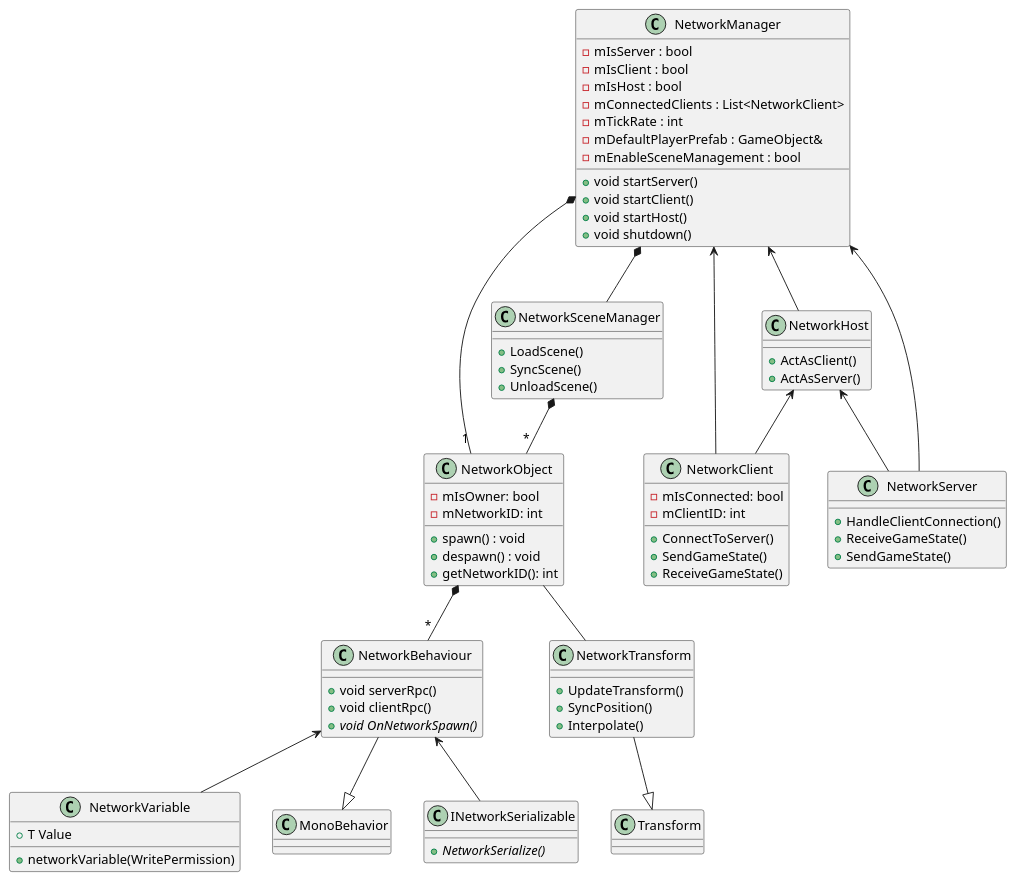
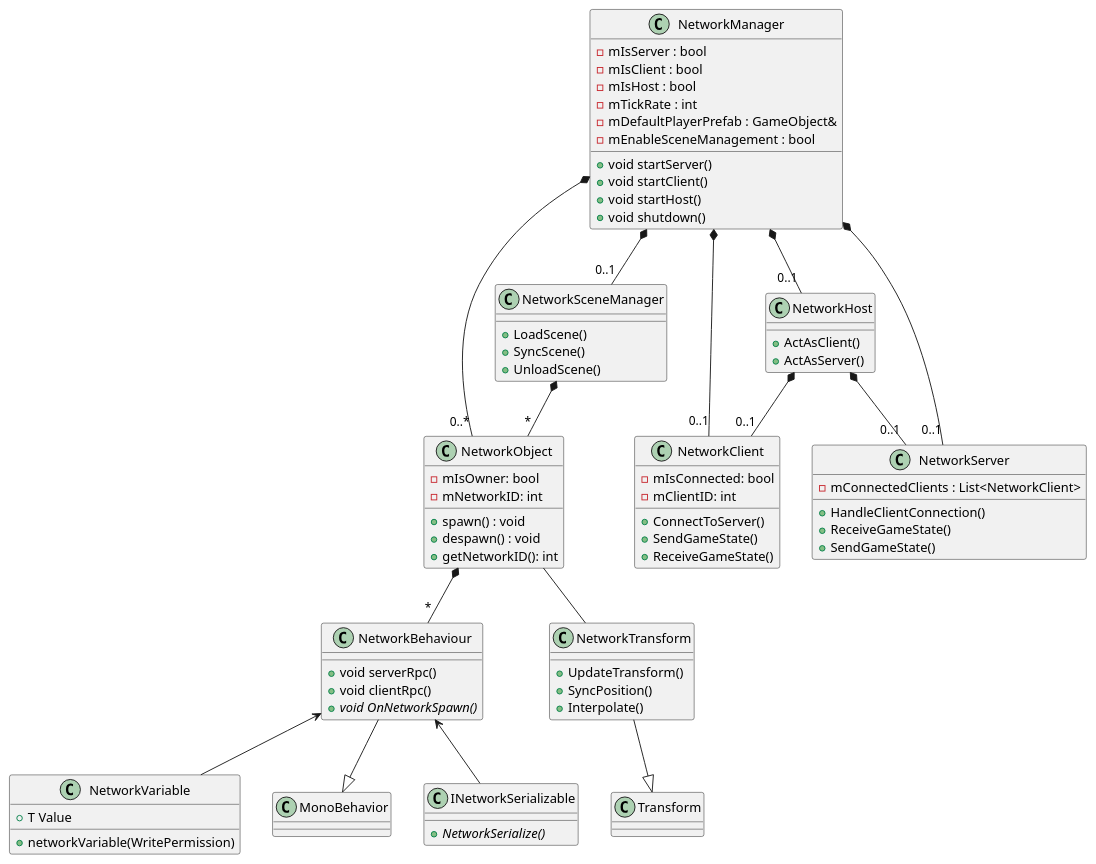
The diagram in docs/Diagrams/Multiplayer_Class.puml (Seger01/GameEngine), drawn with PlantUML before and after one commit. The commit also changed 21 other files, not shown here.

```diff
--- a/docs/Diagrams/Multiplayer_Class.puml
+++ b/docs/Diagrams/Multiplayer_Class.puml
@@ -1,141 +1,142 @@
 @startuml
 
 class NetworkManager {
     
     
     + void startServer()
     + void startClient()
     + void startHost()
     + void shutdown()
 
 
     - mIsServer : bool
     - mIsClient : bool
     - mIsHost : bool
-    - mConnectedClients : List<NetworkClient>
     - mTickRate : int
     - mDefaultPlayerPrefab : GameObject&
     - mEnableSceneManagement : bool
 }
 
 class NetworkObject {
     + spawn() : void
     + despawn() : void
     + getNetworkID(): int
 
     - mIsOwner: bool
     - mNetworkID: int
 }
 
 class NetworkBehaviour {
     +void serverRpc()
     +void clientRpc()
     + {abstract} void OnNetworkSpawn()
     
 }
 
 ' Template class for network variables
 class NetworkVariable{
     + networkVariable(WritePermission)
     + T Value
     
 }
 
 class MonoBehavior{}
 
 ' Maybe not needed
 class NetworkTransform {
     + UpdateTransform()
     + SyncPosition()
     + Interpolate()
 }
 
 class Transform{}
 
 class NetworkClient {
     + ConnectToServer()
     + SendGameState()
     + ReceiveGameState()
 
     - mIsConnected: bool
     - mClientID: int
 }
 
 class NetworkServer {
     + HandleClientConnection()
     + ReceiveGameState()
     + SendGameState()
+
+    - mConnectedClients : List<NetworkClient>
 }
 
 class NetworkHost {
     + ActAsClient()
     + ActAsServer()
 }
 
 ' class NetworkMessage {
 '     + Serialize()
 '     + Deserialize()
 '     + SendMessage()
 '     - mMessageType: string
 ' }
 
 class NetworkSceneManager {
     + LoadScene()
     + SyncScene()
     + UnloadScene()
 }
 
 ' class NetworkInputManager {
 '     + CaptureInput()
 '     + SendInput()
 '     + ApplyInputPrediction()
 ' }
 
 ' class NetworkReplicationManager {
 '     + ReplicateObjectState()
 '     + SyncWithClients()
 '     + ApplyInterpolation()
 ' }
 
 ' class AuthorityManager {
 '     + AssignAuthority()
 '     + RequestControl()
 '     - mObjectAuthority: string
 ' }
 
 class INetworkSerializable {
     + {abstract} NetworkSerialize()
     ' + Deserialize()
 }
 
-NetworkManager <-- NetworkClient
-NetworkManager <-- NetworkServer
-NetworkManager <-- NetworkHost
-NetworkManager *-- NetworkSceneManager
-NetworkManager *-- "1" NetworkObject
+NetworkManager *-- "0..1"NetworkClient
+NetworkManager *-- "0..1"NetworkServer
+NetworkManager *-- "0..1"NetworkHost
+NetworkManager *-- "0..1"NetworkSceneManager
+NetworkManager *-- "0..*" NetworkObject
 ' NetworkManager <-- AuthorityManager
 
 NetworkObject *-- "*" NetworkBehaviour
 NetworkObject -- NetworkTransform
 
 NetworkBehaviour --|> MonoBehavior
 NetworkBehaviour <-- NetworkVariable
 NetworkBehaviour <-- INetworkSerializable
 
 NetworkTransform --|> Transform
 
 ' NetworkClient --> NetworkInputManager
 ' NetworkClient --> NetworkMessage
 ' NetworkClient --> NetworkReplicationManager
 
 ' NetworkServer --> NetworkMessage
 ' NetworkServer --> NetworkReplicationManager
 
 
-NetworkHost <-- NetworkServer
-NetworkHost <-- NetworkClient
+NetworkHost *-- "0..1"NetworkServer
+NetworkHost *-- "0..1"NetworkClient
 
 ' AuthorityManager <-- NetworkObject
 NetworkSceneManager *-- "*" NetworkObject
 
 @enduml
```
